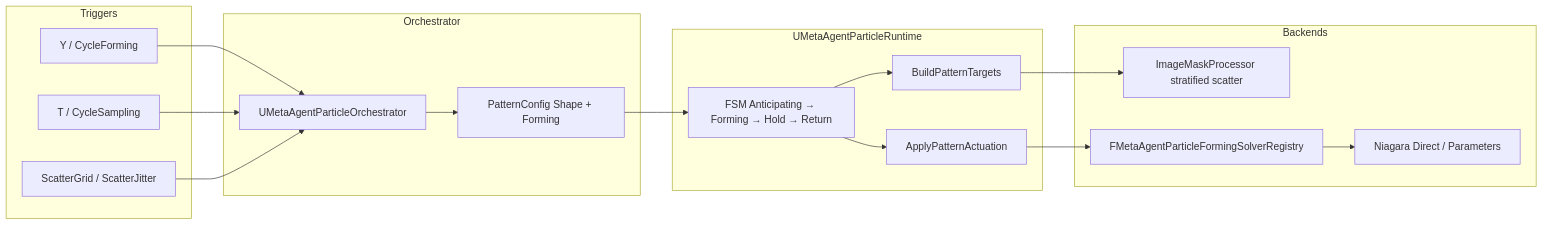
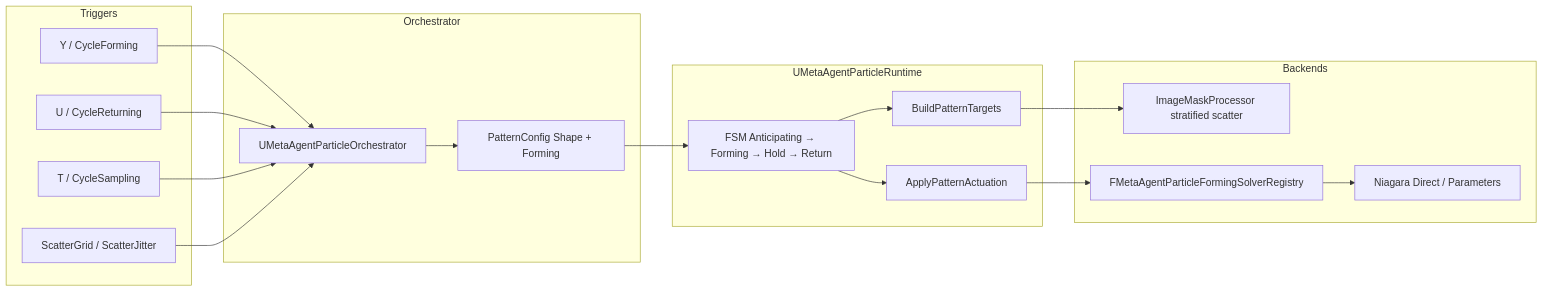
One commit to vecnode/metaagent-ue5-plugin changed the ninth of 14 diagrams in README.md. Above: the diagram before and after it, drawn with Mermaid. The commit also changed other lines of this file and 17 other files, not shown here.

````diff
--- a/README.md
+++ b/README.md
@@ -671,36 +686,38 @@
 ```mermaid
 flowchart LR
     subgraph Triggers
         Y[Y / CycleForming]
+        U[U / CycleReturning]
         T[T / CycleSampling]
         SG[ScatterGrid / ScatterJitter]
     end
 
     subgraph Orchestrator
         ORCH[UMetaAgentParticleOrchestrator]
         CFG[PatternConfig Shape + Forming]
     end
 
     subgraph Runtime["UMetaAgentParticleRuntime"]
         FSM[FSM Anticipating → Forming → Hold → Return]
         BUILD[BuildPatternTargets]
         ACT[ApplyPatternActuation]
     end
 
     subgraph Backends
         MASK[ImageMaskProcessor stratified scatter]
         FORM[FMetaAgentParticleFormingSolverRegistry]
         NIAG[Niagara Direct / Parameters]
     end
 
     Y --> ORCH
+    U --> ORCH
     T --> ORCH
     SG --> ORCH
     ORCH --> CFG
     CFG --> FSM
     FSM --> BUILD
     BUILD --> MASK
     FSM --> ACT
     ACT --> FORM
     FORM --> NIAG
 ```
````
